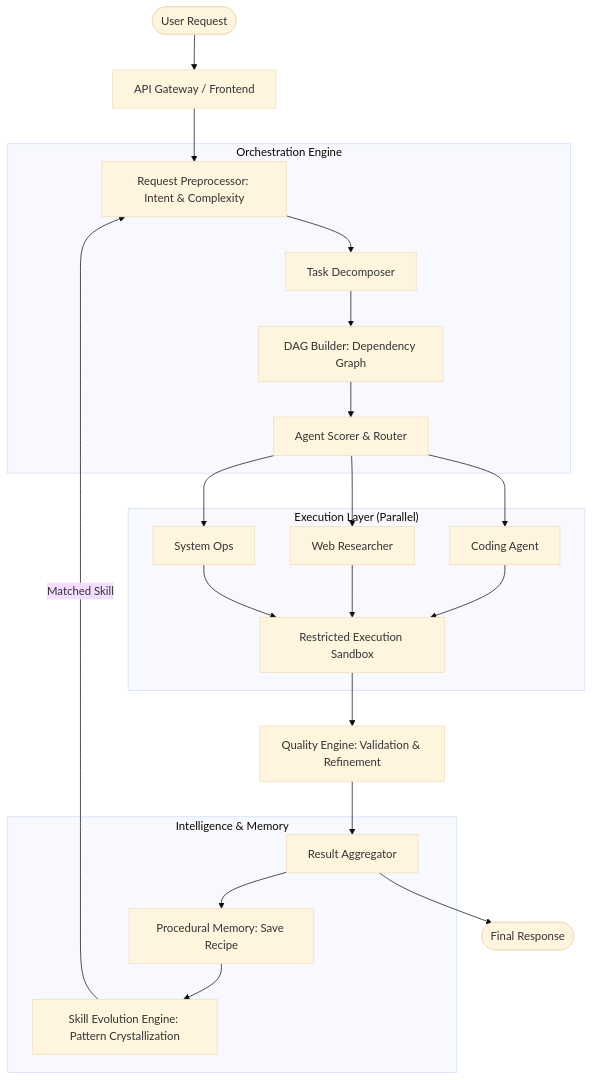
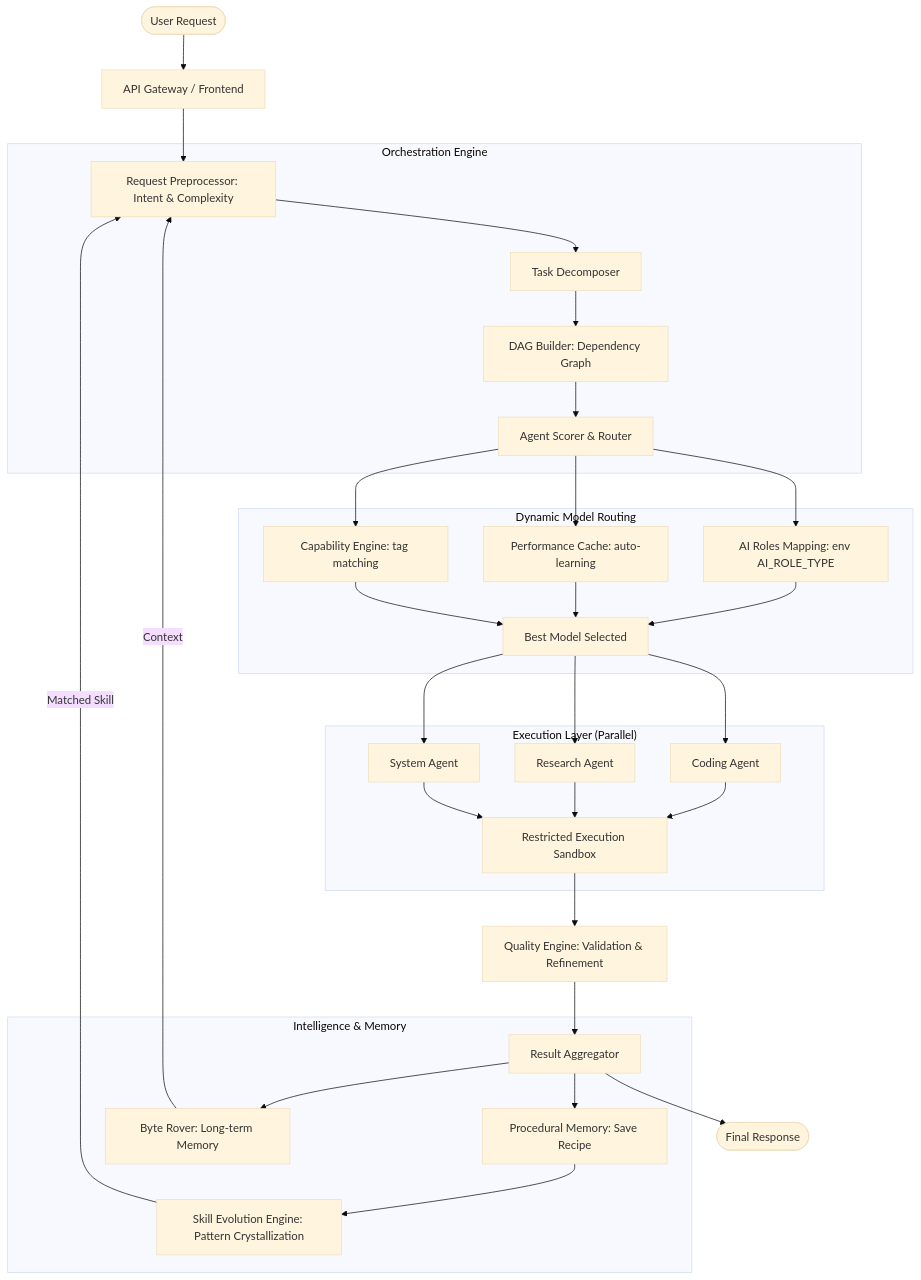
The diagram in README.md (maztfajar/ai-super), drawn with Mermaid (base theme) before and after one commit. The commit also changed other lines of this file and 7 other files, not shown here.

Commit message:
feat: implement AI role-based routing with performance-driven auto-learning and dynamic configuration UI

````diff
--- a/README.md
+++ b/README.md
@@ -23,29 +62,38 @@
 ```mermaid
 graph TD
     User([User Request]) --> Gateway[API Gateway / Frontend]
     Gateway --> Preprocessor[Request Preprocessor: Intent & Complexity]
-    
+
     subgraph "Orchestration Engine"
         Preprocessor --> Decomposer[Task Decomposer]
         Decomposer --> DAG[DAG Builder: Dependency Graph]
         DAG --> Scorer[Agent Scorer & Router]
     end
-    
+
+    subgraph "Dynamic Model Routing"
+        Scorer --> RoleMap[AI Roles Mapping: env AI_ROLE_TYPE]
+        Scorer --> PerfCache[Performance Cache: auto-learning]
+        Scorer --> CapEngine[Capability Engine: tag matching]
+        RoleMap & PerfCache & CapEngine --> ModelSelect[Best Model Selected]
+    end
+
     subgraph "Execution Layer (Parallel)"
-        Scorer --> Agent1[Coding Agent]
-        Scorer --> Agent2[Web Researcher]
-        Scorer --> Agent3[System Ops]
+        ModelSelect --> Agent1[Coding Agent]
+        ModelSelect --> Agent2[Research Agent]
+        ModelSelect --> Agent3[System Agent]
         Agent1 & Agent2 & Agent3 --> Sandbox[Restricted Execution Sandbox]
     end
-    
+
     Sandbox --> Quality[Quality Engine: Validation & Refinement]
     Quality --> Aggregator[Result Aggregator]
-    
+
     subgraph "Intelligence & Memory"
         Aggregator --> PM[Procedural Memory: Save Recipe]
         PM --> SE[Skill Evolution Engine: Pattern Crystallization]
         SE -- Matched Skill --> Preprocessor
+        Aggregator --> BR[Byte Rover: Long-term Memory]
+        BR -- Context --> Preprocessor
     end
-    
+
     Aggregator --> Response([Final Response])
 ```
````
